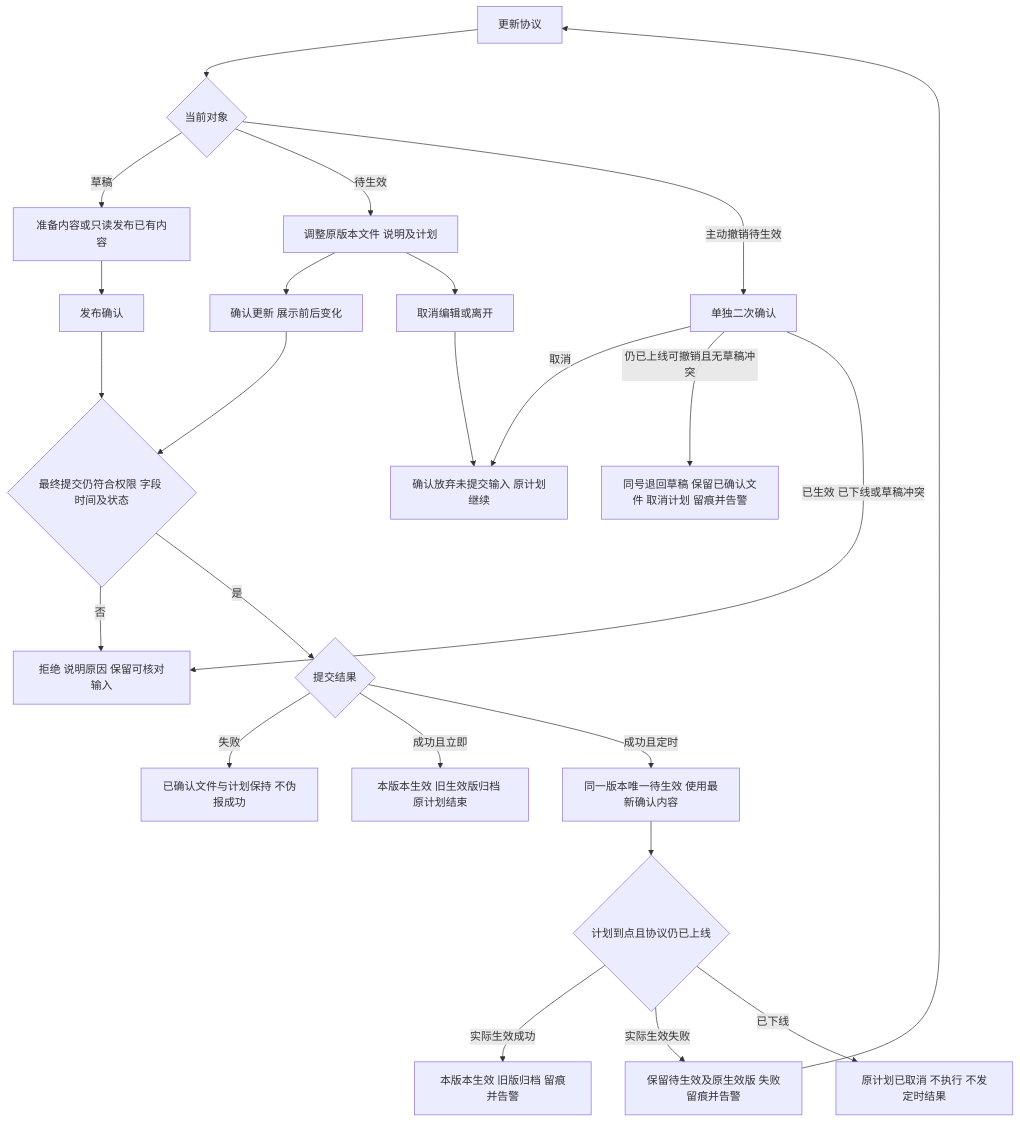
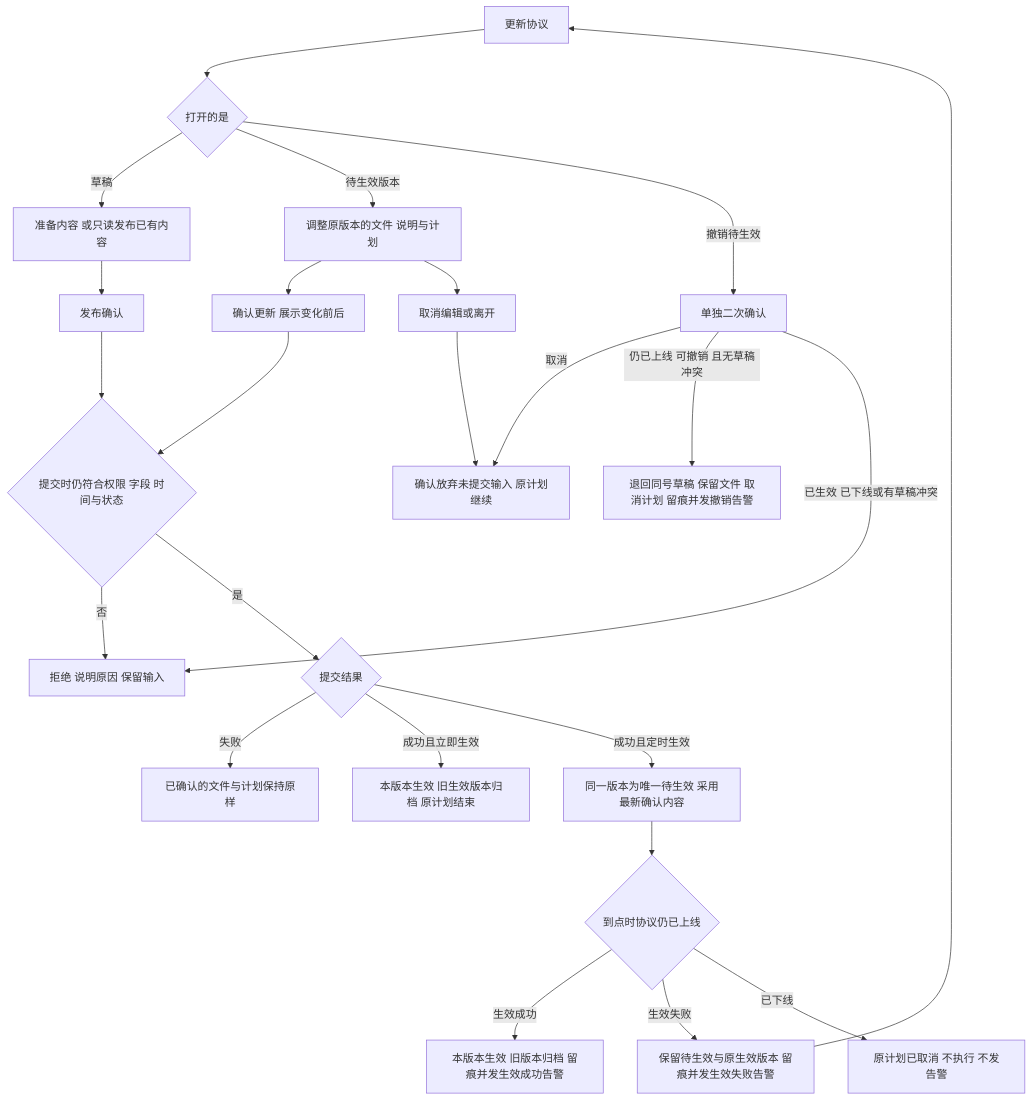
The second of 8 diagrams in lending-platform/PRD/运营端/03-运营端协议管理/02-运营端协议管理-流程图与状态机.md (wxblockchain/Chain-Financing), drawn with Mermaid before and after one commit. The commit also changed other lines of this file and 6 other files, not shown here.

````diff
--- a/lending-platform/PRD/运营端/03-运营端协议管理/02-运营端协议管理-流程图与状态机.md
+++ b/lending-platform/PRD/运营端/03-运营端协议管理/02-运营端协议管理-流程图与状态机.md
@@ -57,26 +58,26 @@
 ```mermaid
 flowchart TD
-    A[更新协议] --> B{当前对象}
-    B -->|草稿| C[准备内容或只读发布已有内容]
-    B -->|待生效| D[调整原版本文件 说明及计划]
+    A[更新协议] --> B{打开的是}
+    B -->|草稿| C[准备内容 或只读发布已有内容]
+    B -->|待生效版本| D[调整原版本的文件 说明与计划]
     C --> E[发布确认]
-    D --> F[确认更新 展示前后变化]
+    D --> F[确认更新 展示变化前后]
     D --> G[取消编辑或离开]
     G --> H[确认放弃未提交输入 原计划继续]
-    E --> I{最终提交仍符合权限 字段 时间及状态}
+    E --> I{提交时仍符合权限 字段 时间与状态}
     F --> I
-    I -->|否| J[拒绝 说明原因 保留可核对输入]
+    I -->|否| J[拒绝 说明原因 保留输入]
     I -->|是| K{提交结果}
-    K -->|失败| L[已确认文件与计划保持 不伪报成功]
-    K -->|成功且立即| M[本版本生效 旧生效版归档 原计划结束]
-    K -->|成功且定时| N[同一版本唯一待生效 使用最新确认内容]
-    N --> O{计划到点且协议仍已上线}
-    O -->|实际生效成功| P[本版本生效 旧版归档 留痕并告警]
-    O -->|实际生效失败| Q[保留待生效及原生效版 失败留痕并告警]
-    O -->|已下线| R[原计划已取消 不执行 不发定时结果]
+    K -->|失败| L[已确认的文件与计划保持原样]
+    K -->|成功且立即生效| M[本版本生效 旧生效版本归档 原计划结束]
+    K -->|成功且定时生效| N[同一版本为唯一待生效 采用最新确认内容]
+    N --> O{到点时协议仍已上线}
+    O -->|生效成功| P[本版本生效 旧版本归档 留痕并发生效成功告警]
+    O -->|生效失败| Q[保留待生效与原生效版本 留痕并发生效失败告警]
+    O -->|已下线| R[原计划已取消 不执行 不发告警]
     Q --> A
-    B -->|主动撤销待生效| S[单独二次确认]
+    B -->|撤销待生效| S[单独二次确认]
     S -->|取消| H
-    S -->|仍已上线可撤销且无草稿冲突| T[同号退回草稿 保留已确认文件 取消计划 留痕并告警]
-    S -->|已生效 已下线或草稿冲突| J
+    S -->|仍已上线 可撤销 且无草稿冲突| T[退回同号草稿 保留文件 取消计划 留痕并发撤销告警]
+    S -->|已生效 已下线或有草稿冲突| J
 ```
````
